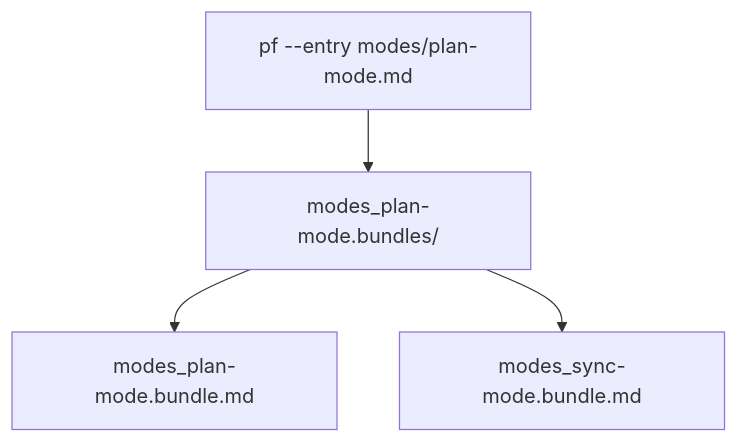
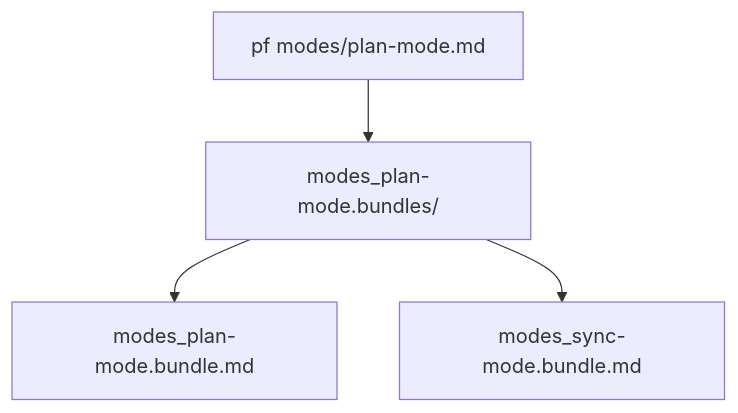
The first of 2 diagrams in docs/bundles.md (m2ux/prosiform), drawn with Mermaid before and after one commit. The commit also changed 10 other files, not shown here.

````diff
--- a/docs/bundles.md
+++ b/docs/bundles.md
@@ -15,6 +15,6 @@
 ```mermaid
 flowchart TD
-  Run["pf --entry modes/plan-mode.md"] --> Folder["modes_plan-mode.bundles/"]
+  Run["pf modes/plan-mode.md"] --> Folder["modes_plan-mode.bundles/"]
   Folder --> Entry["modes_plan-mode.bundle.md"]
   Folder --> Disp["modes_sync-mode.bundle.md"]
 ```
````
